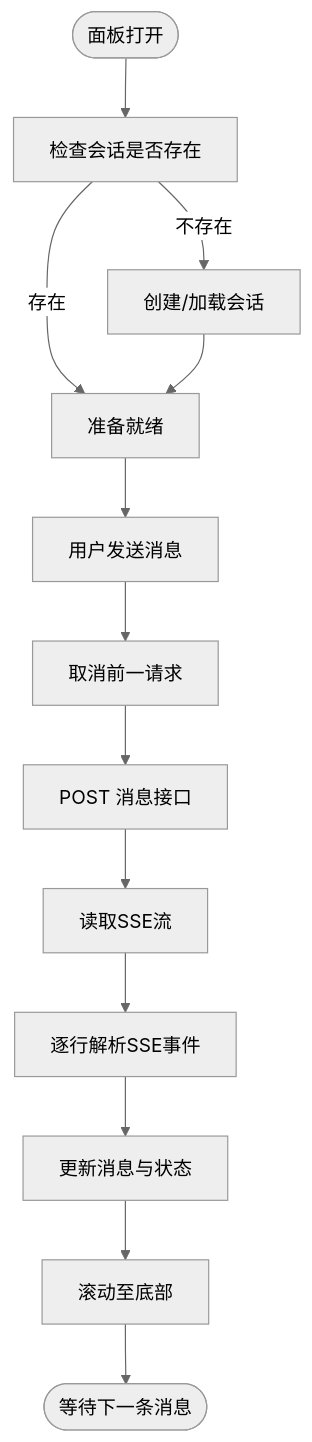
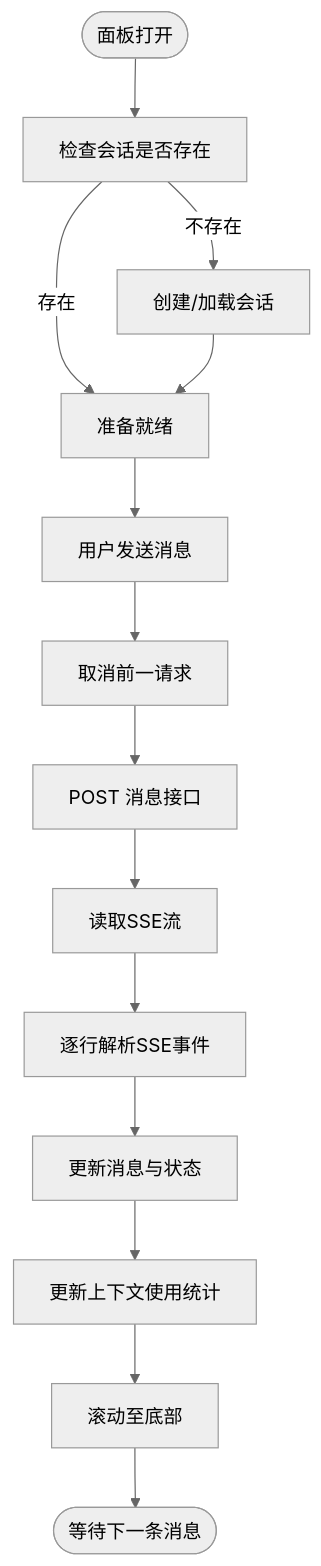
The third of 10 diagrams in .qoder/repowiki/zh/content/前端应用架构/UI组件库/画布组件系统/AI助手面板.md (KunLabAI/KunFlix), drawn with Mermaid (neutral theme) before and after one commit. The commit also changed other lines of this file and 15 other files, not shown here.

````diff
--- a/.qoder/repowiki/zh/content/前端应用架构/UI组件库/画布组件系统/AI助手面板.md
+++ b/.qoder/repowiki/zh/content/前端应用架构/UI组件库/画布组件系统/AI助手面板.md
@@ -183,15 +204,16 @@
 ```mermaid
 flowchart TD
 Start(["面板打开"]) --> CheckSession["检查会话是否存在"]
 CheckSession --> |不存在| CreateSession["创建/加载会话"]
 CheckSession --> |存在| Ready["准备就绪"]
 CreateSession --> Ready
 Ready --> SendMsg["用户发送消息"]
 SendMsg --> AbortPrev["取消前一请求"]
 AbortPrev --> Fetch["POST 消息接口"]
 Fetch --> ReadStream["读取SSE流"]
 ReadStream --> Parse["逐行解析SSE事件"]
 Parse --> UpdateStore["更新消息与状态"]
-UpdateStore --> Scroll["滚动至底部"]
+UpdateStore --> UpdateContext["更新上下文使用统计"]
+UpdateContext --> Scroll["滚动至底部"]
 Scroll --> End(["等待下一条消息"])
 ```
````
